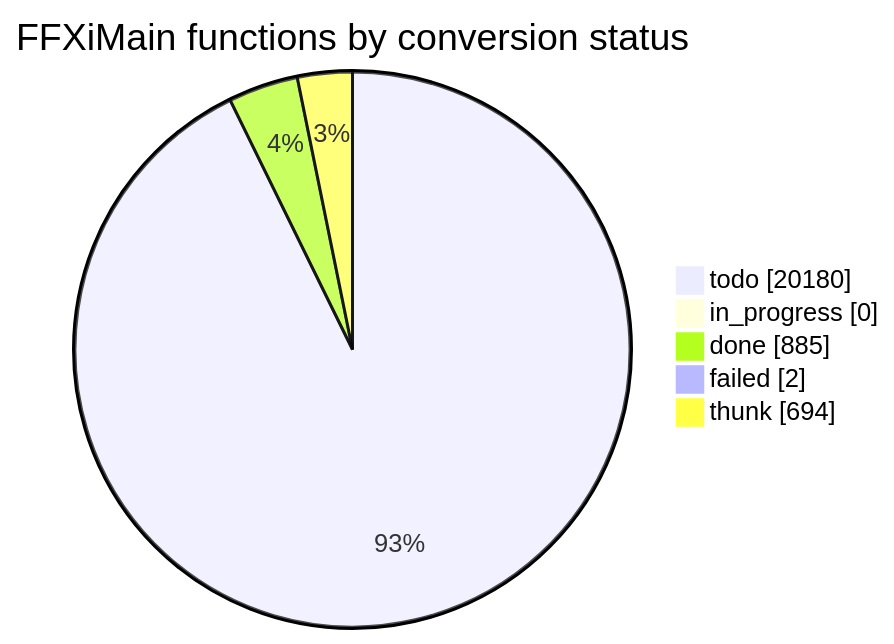
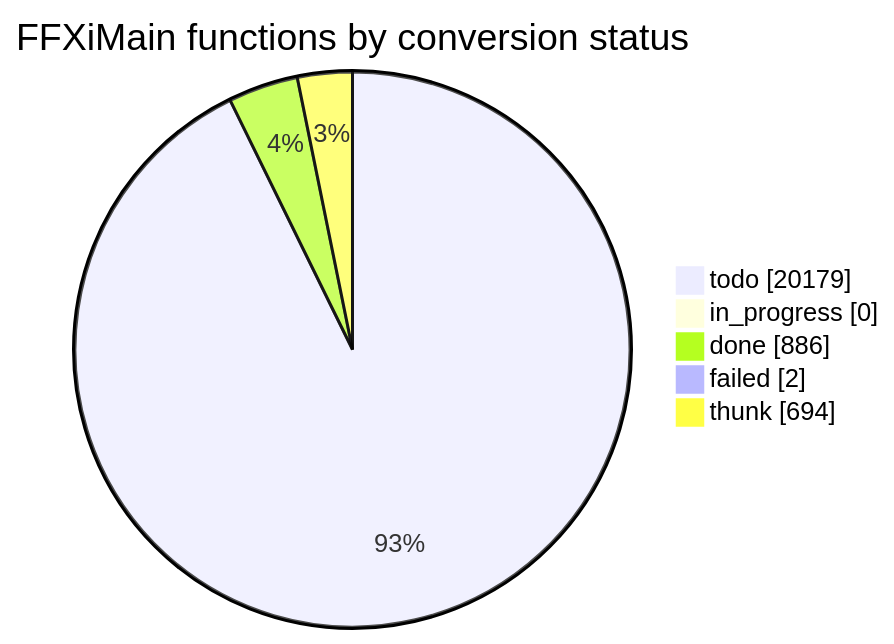
The diagram in docs/cow/STATUS.md (cowrevenge/cow_kuluu_xi_anything), drawn with Mermaid before and after one commit. The commit also changed other lines of this file and 9 other files, not shown here.

````diff
--- a/docs/cow/STATUS.md
+++ b/docs/cow/STATUS.md
@@ -18,9 +18,9 @@
 ```mermaid
 pie showData
     title FFXiMain functions by conversion status
-    "todo" : 20180
+    "todo" : 20179
     "in_progress" : 0
-    "done" : 885
+    "done" : 886
     "failed" : 2
     "thunk" : 694
 ```
````
